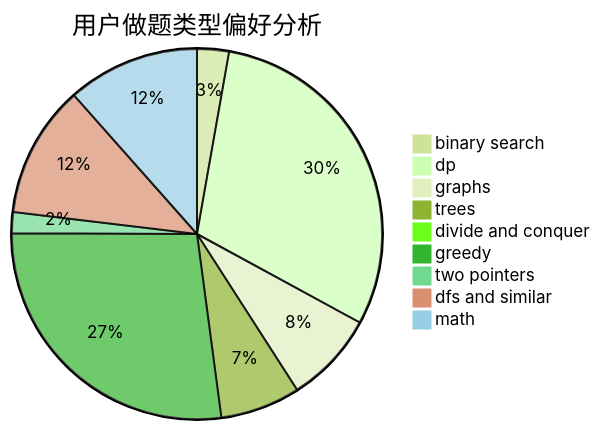
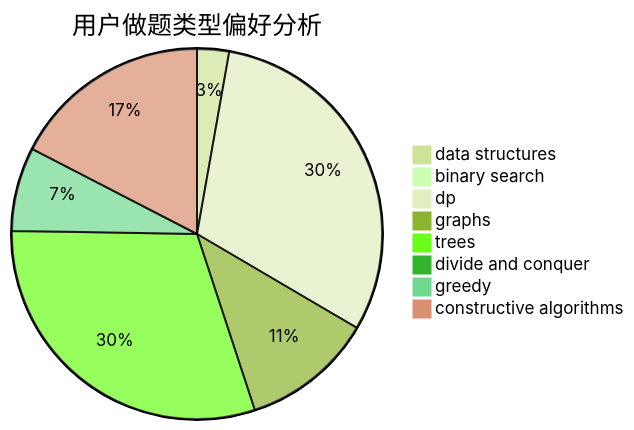
Before and after one commit to sherpahu/cfrs.github.io: the second of 3 diagrams in docs/user/u1757.md, drawn with Mermaid (forest theme). The commit also changed other lines of this file and 2775 other files, not shown here.

````diff
--- a/docs/user/u1757.md
+++ b/docs/user/u1757.md
@@ -23,12 +23,11 @@
 ```mermaid
 pie title 用户做题类型偏好分析
-    "binary search" :  39
-    "dp" :  423
-    "graphs" :  112
-    "trees" :  98
+    "data structures" :  8
+    "binary search" :  2
+    "dp" :  88
+    "graphs" :  33
+    "trees" :  87
     "divide and conquer" :  0
-    "greedy" :  381
-    "two pointers" :  26
-    "dfs and similar" :  162
-    "math" :  162
+    "greedy" :  21
+    "constructive algorithms" :  50
 ```
````
